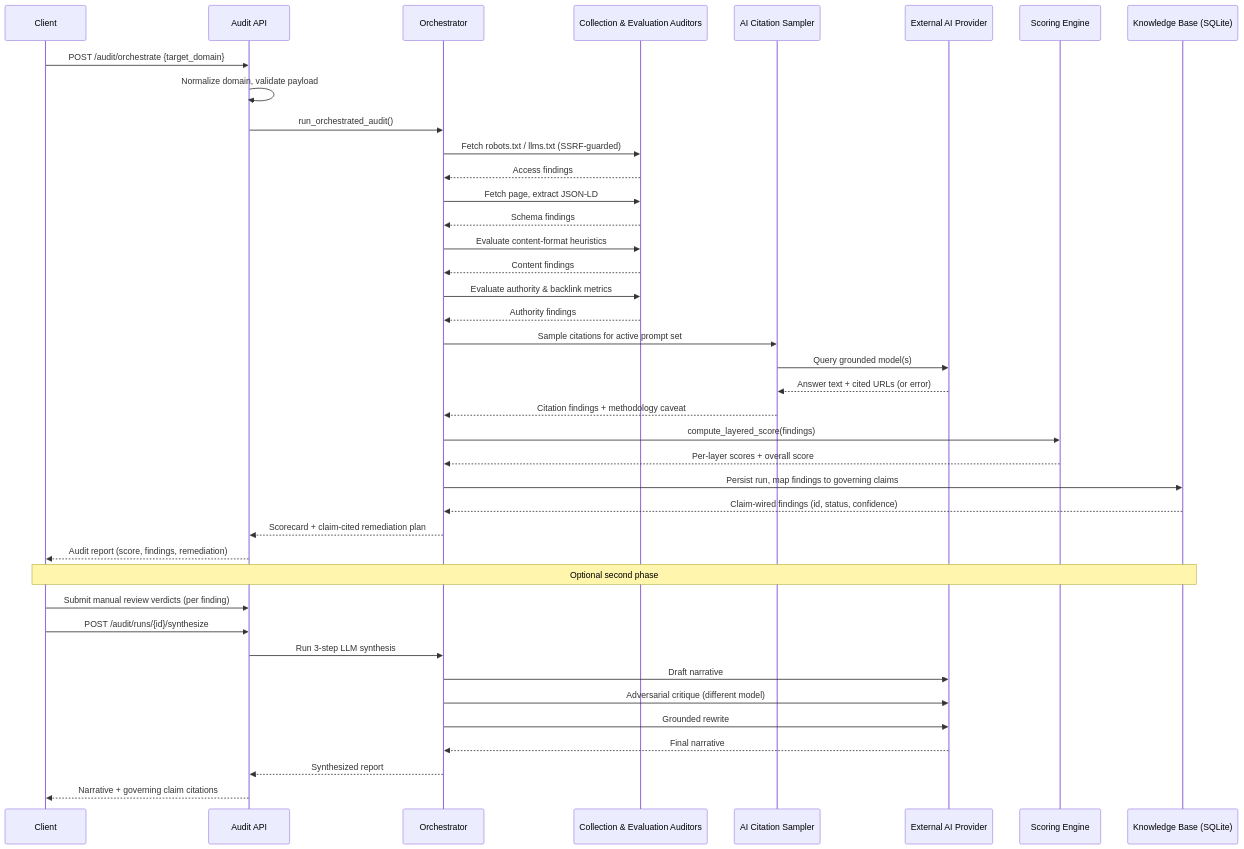
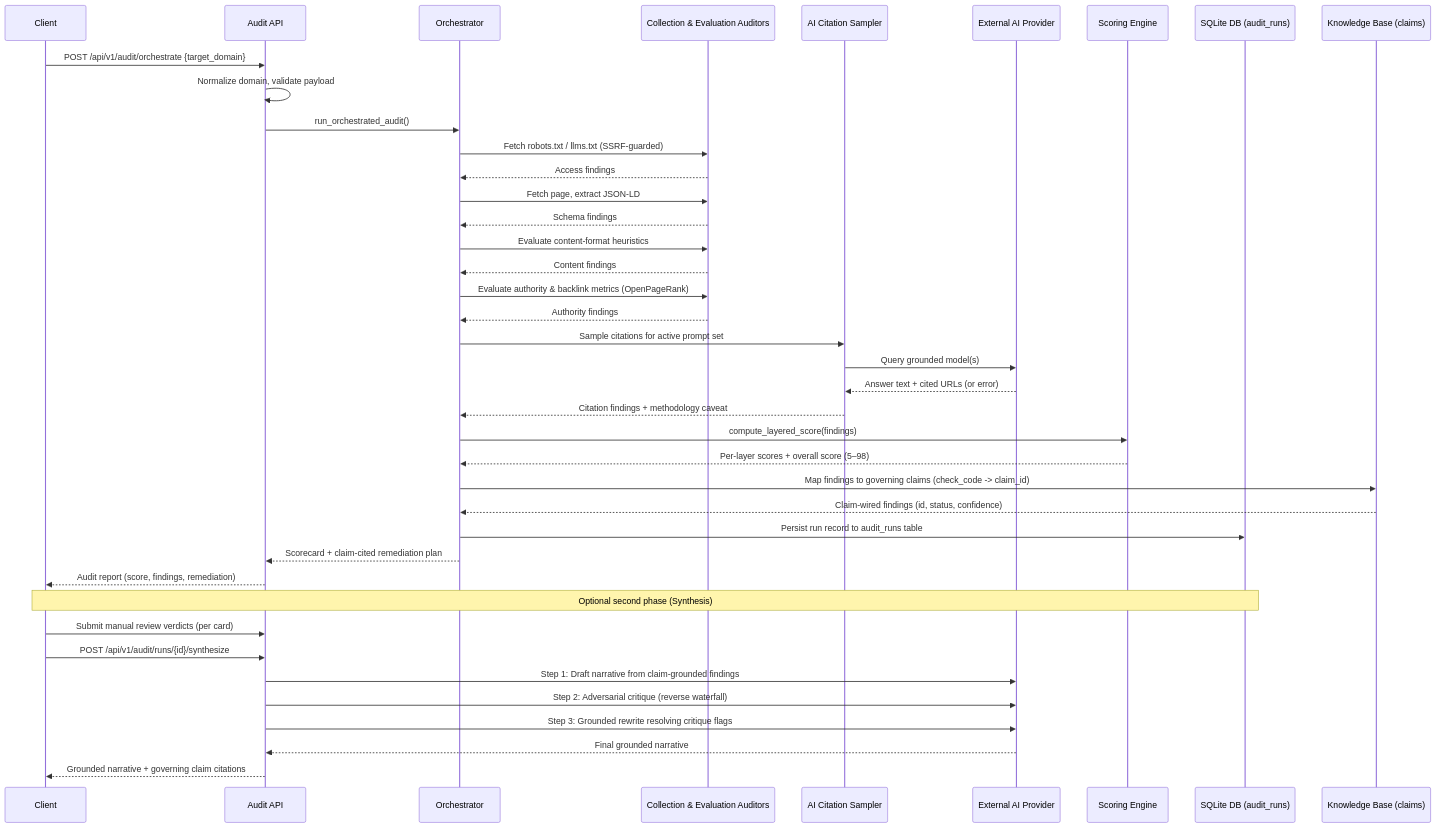
One commit to Eaterofsouls/citeable changed the third of 3 diagrams in docs/external.md. Above: the diagram before and after it, drawn with Mermaid. The commit also changed other lines of this file and 9 other files, not shown here.

````diff
--- a/docs/external.md
+++ b/docs/external.md
@@ -368,49 +370,50 @@
 ```mermaid
 sequenceDiagram
     participant Client
     participant API as Audit API
     participant Orchestrator
     participant Collectors as Collection & Evaluation Auditors
     participant Sampler as AI Citation Sampler
     participant Provider as External AI Provider
     participant Scoring as Scoring Engine
-    participant KB as Knowledge Base (SQLite)
+    participant DB as SQLite DB (audit_runs)
+    participant KB as Knowledge Base (claims)
 
-    Client->>API: POST /audit/orchestrate {target_domain}
+    Client->>API: POST /api/v1/audit/orchestrate {target_domain}
     API->>API: Normalize domain, validate payload
     API->>Orchestrator: run_orchestrated_audit()
 
     Orchestrator->>Collectors: Fetch robots.txt / llms.txt (SSRF-guarded)
     Collectors-->>Orchestrator: Access findings
     Orchestrator->>Collectors: Fetch page, extract JSON-LD
     Collectors-->>Orchestrator: Schema findings
     Orchestrator->>Collectors: Evaluate content-format heuristics
     Collectors-->>Orchestrator: Content findings
-    Orchestrator->>Collectors: Evaluate authority & backlink metrics
+    Orchestrator->>Collectors: Evaluate authority & backlink metrics (OpenPageRank)
     Collectors-->>Orchestrator: Authority findings
 
     Orchestrator->>Sampler: Sample citations for active prompt set
     Sampler->>Provider: Query grounded model(s)
     Provider-->>Sampler: Answer text + cited URLs (or error)
     Sampler-->>Orchestrator: Citation findings + methodology caveat
 
     Orchestrator->>Scoring: compute_layered_score(findings)
-    Scoring-->>Orchestrator: Per-layer scores + overall score
+    Scoring-->>Orchestrator: Per-layer scores + overall score (5–98)
 
-    Orchestrator->>KB: Persist run, map findings to governing claims
+    Orchestrator->>KB: Map findings to governing claims (check_code -> claim_id)
     KB-->>Orchestrator: Claim-wired findings (id, status, confidence)
+
+    Orchestrator->>DB: Persist run record to audit_runs table
 
     Orchestrator-->>API: Scorecard + claim-cited remediation plan
     API-->>Client: Audit report (score, findings, remediation)
 
-    Note over Client,KB: Optional second phase
-    Client->>API: Submit manual review verdicts (per finding)
-    Client->>API: POST /audit/runs/{id}/synthesize
-    API->>Orchestrator: Run 3-step LLM synthesis
-    Orchestrator->>Provider: Draft narrative
-    Orchestrator->>Provider: Adversarial critique (different model)
-    Orchestrator->>Provider: Grounded rewrite
-    Provider-->>Orchestrator: Final narrative
-    Orchestrator-->>API: Synthesized report
-    API-->>Client: Narrative + governing claim citations
+    Note over Client,DB: Optional second phase (Synthesis)
+    Client->>API: Submit manual review verdicts (per card)
+    Client->>API: POST /api/v1/audit/runs/{id}/synthesize
+    API->>Provider: Step 1: Draft narrative from claim-grounded findings
+    API->>Provider: Step 2: Adversarial critique (reverse waterfall)
+    API->>Provider: Step 3: Grounded rewrite resolving critique flags
+    Provider-->>API: Final grounded narrative
+    API-->>Client: Grounded narrative + governing claim citations
 ```
````
